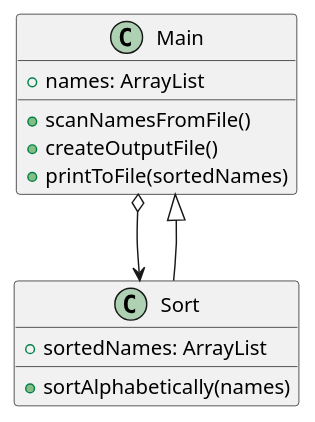
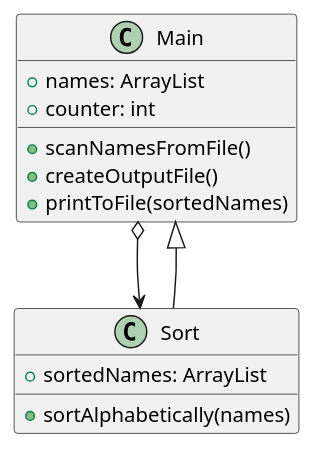
One commit to GabrielFernandez14/fernandez-cop3330-assignment3 changed the diagram in src/main/java/oop/assignment3/ex41/base/NameSorter.puml. Above: the diagram before and after it, drawn with PlantUML. The commit also changed 8 other files, not shown here.

```diff
--- a/src/main/java/oop/assignment3/ex41/base/NameSorter.puml
+++ b/src/main/java/oop/assignment3/ex41/base/NameSorter.puml
@@ -1,21 +1,22 @@
 @startuml
 'https://plantuml.com/sequence-diagram
 
 class Main {
     + names: ArrayList
+    + counter: int
 
     + scanNamesFromFile()
     + createOutputFile()
     + printToFile(sortedNames)
 }
 
 class Sort {
     + sortedNames: ArrayList
-    
+
     + sortAlphabetically(names)
 }
 
 Main o--> Sort
 Main <|-- Sort
 
 @enduml
```
